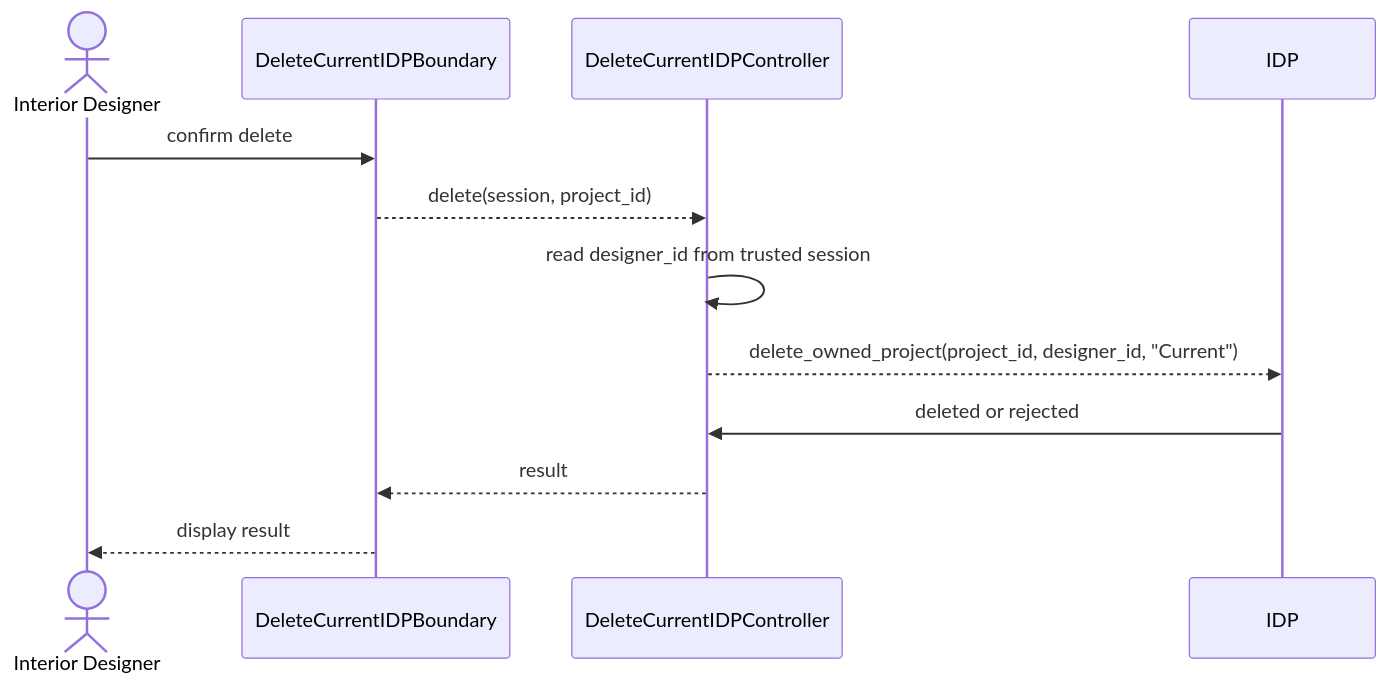
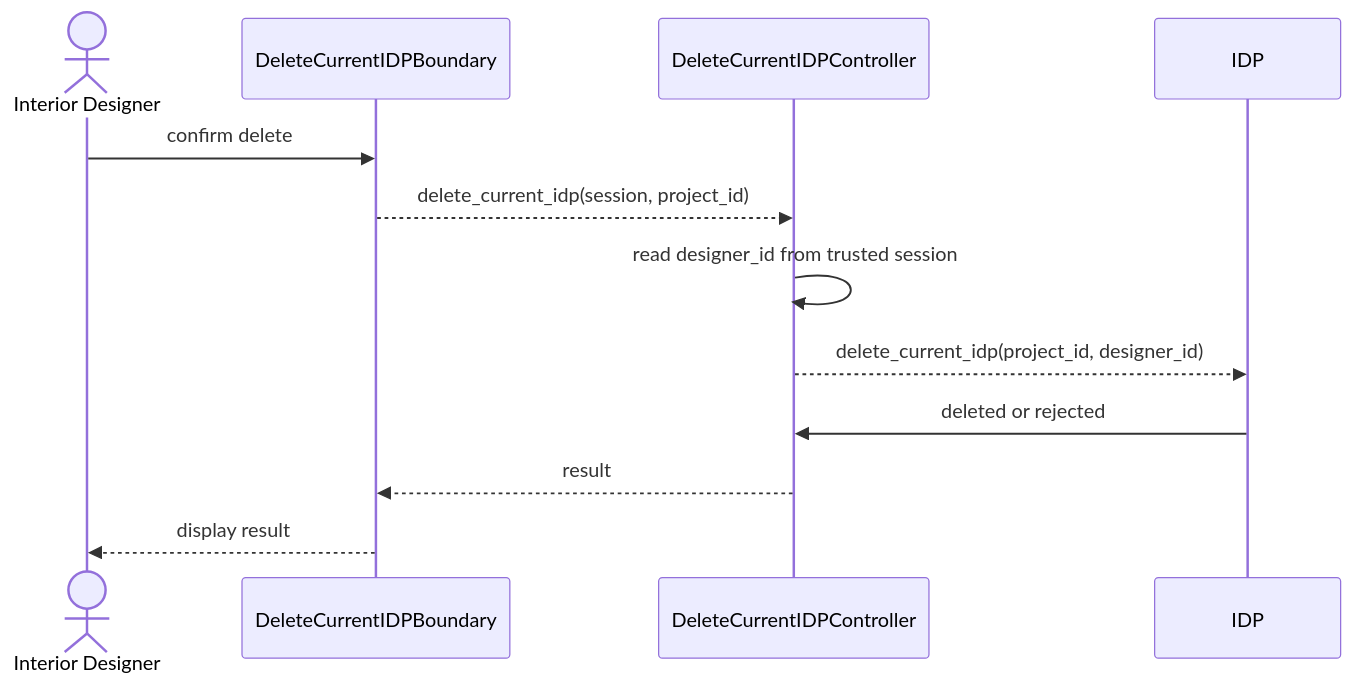
Before and after one commit to boyinapuddle/CSIT314-Chinese: the second of 2 diagrams in diagrams/US23_Delete_Current_IDP/README.md, drawn with Mermaid. The commit also changed other lines of this file and 140 other files, not shown here.

````diff
--- a/diagrams/US23_Delete_Current_IDP/README.md
+++ b/diagrams/US23_Delete_Current_IDP/README.md
@@ -20,14 +20,14 @@
 ```mermaid
 sequenceDiagram
     actor P0 as Interior Designer
     participant P1 as DeleteCurrentIDPBoundary
     participant P2 as DeleteCurrentIDPController
     participant P3 as IDP
     P0->>P1: confirm delete
-    P1-->>P2: delete(session, project_id)
+    P1-->>P2: delete_current_idp(session, project_id)
     P2->>P2: read designer_id from trusted session
-    P2-->>P3: delete_owned_project(project_id, designer_id, "Current")
+    P2-->>P3: delete_current_idp(project_id, designer_id)
     P3->>P2: deleted or rejected
     P2-->>P1: result
     P1-->>P0: display result
 ```
````
